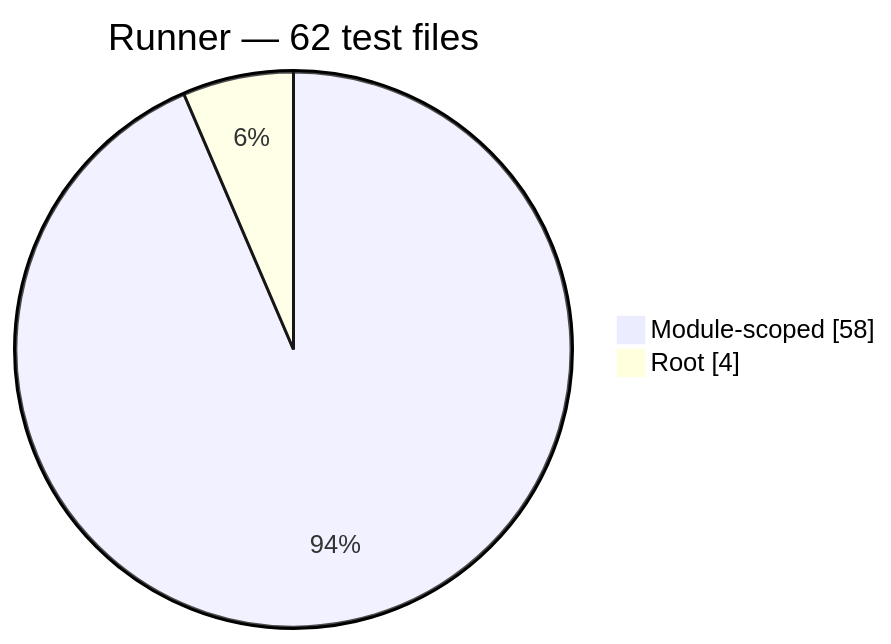
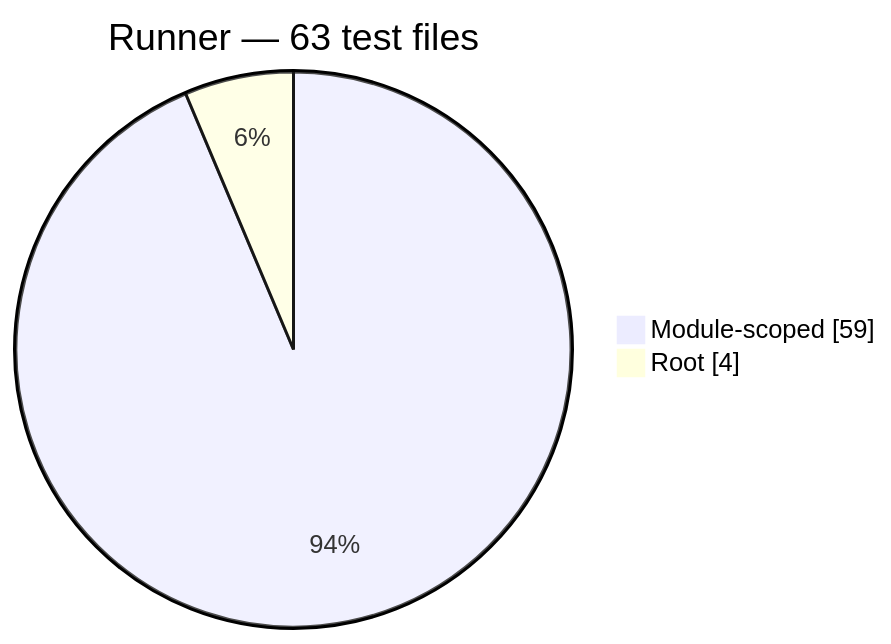
One commit to Mohammed-Alama/php-arazzo changed the fourth of 7 diagrams in docs/generated/test-composition.md. Above: the diagram before and after it, drawn with Mermaid. The commit also changed other lines of this file and 21 other files, not shown here.

Commit message:
feat(runner): assemble the async execution graph behind the builder face — refs #61

````diff
--- a/docs/generated/test-composition.md
+++ b/docs/generated/test-composition.md
@@ -58,6 +58,6 @@
 ```mermaid
 pie showData
-    title Runner — 62 test files
-    "Module-scoped": 58
+    title Runner — 63 test files
+    "Module-scoped": 59
     "Root": 4
 ```
````
